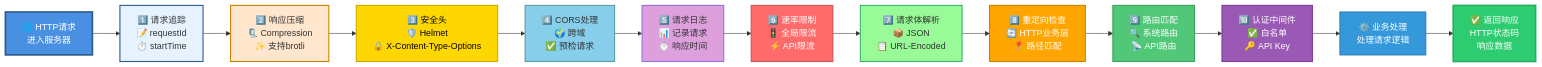
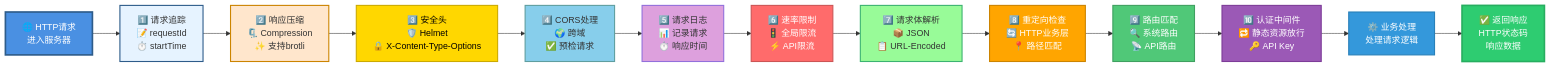
One commit to sunflowermm/XRK-AGT changed the eighth of 11 diagrams in docs/bot.md. Above: the diagram before and after it, drawn with Mermaid. The commit also changed other lines of this file and 9 other files, not shown here.

````diff
--- a/docs/bot.md
+++ b/docs/bot.md
@@ -428,29 +428,29 @@
 ```mermaid
 flowchart LR
     Request["🌐 HTTP请求<br/>进入服务器"] --> Track["1️⃣ 请求追踪<br/>📝 requestId<br/>⏱️ startTime"]
     Track --> Compress["2️⃣ 响应压缩<br/>🗜️ Compression<br/>✨ 支持brotli"]
     Compress --> Helmet["3️⃣ 安全头<br/>🛡️ Helmet<br/>🔒 X-Content-Type-Options"]
     Helmet --> CORS["4️⃣ CORS处理<br/>🌍 跨域<br/>✅ 预检请求"]
     CORS --> Log["5️⃣ 请求日志<br/>📊 记录请求<br/>⏱️ 响应时间"]
     Log --> RateLimit["6️⃣ 速率限制<br/>🚦 全局限流<br/>⚡ API限流"]
     RateLimit --> BodyParser["7️⃣ 请求体解析<br/>📦 JSON<br/>📋 URL-Encoded"]
     BodyParser --> Redirect["8️⃣ 重定向检查<br/>🔄 HTTP业务层<br/>📍 路径匹配"]
     Redirect --> Route["9️⃣ 路由匹配<br/>🔍 系统路由<br/>📡 API路由"]
-    Route --> Auth["🔟 认证中间件<br/>✅ 白名单<br/>🔑 API Key"]
+    Route --> Auth["🔟 认证中间件<br/>🔁 静态资源放行<br/>🔑 API Key"]
     Auth --> Handler["⚙️ 业务处理<br/>处理请求逻辑"]
     Handler --> Response["✅ 返回响应<br/>HTTP状态码<br/>响应数据"]
     
     style Request fill:#4A90E2,stroke:#2E5C8A,stroke-width:3px,color:#fff
     style Track fill:#E6F3FF,stroke:#2E5C8A,stroke-width:2px
     style Compress fill:#FFE6CC,stroke:#CC8400,stroke-width:2px
     style Helmet fill:#FFD700,stroke:#CCAA00,stroke-width:2px,color:#000
     style CORS fill:#87CEEB,stroke:#5F9EA0,stroke-width:2px
     style Log fill:#DDA0DD,stroke:#9370DB,stroke-width:2px
     style RateLimit fill:#FF6B6B,stroke:#CC5555,stroke-width:2px,color:#fff
     style BodyParser fill:#98FB98,stroke:#3CB371,stroke-width:2px
     style Redirect fill:#FFA500,stroke:#CC8400,stroke-width:2px,color:#fff
     style Route fill:#50C878,stroke:#3FA060,stroke-width:2px,color:#fff
     style Auth fill:#9B59B6,stroke:#7D3C98,stroke-width:2px,color:#fff
     style Handler fill:#3498DB,stroke:#2980B9,stroke-width:2px,color:#fff
     style Response fill:#2ECC71,stroke:#27AE60,stroke-width:3px,color:#fff
 ```
````
